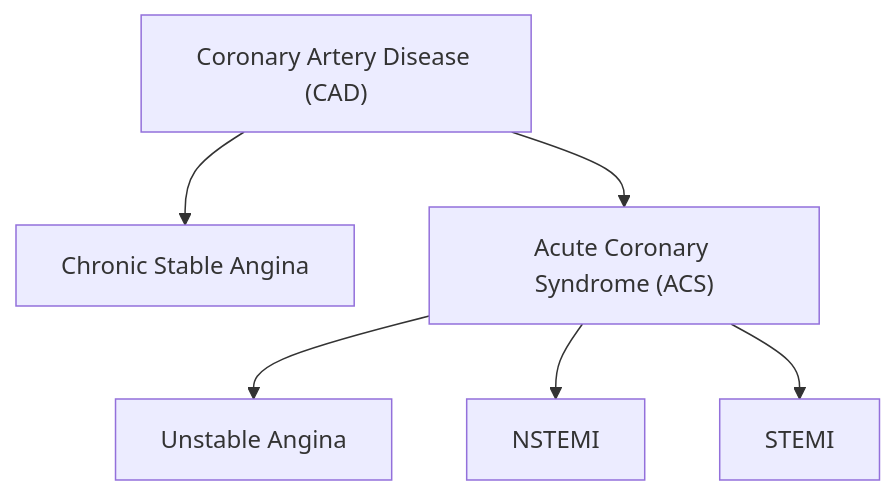
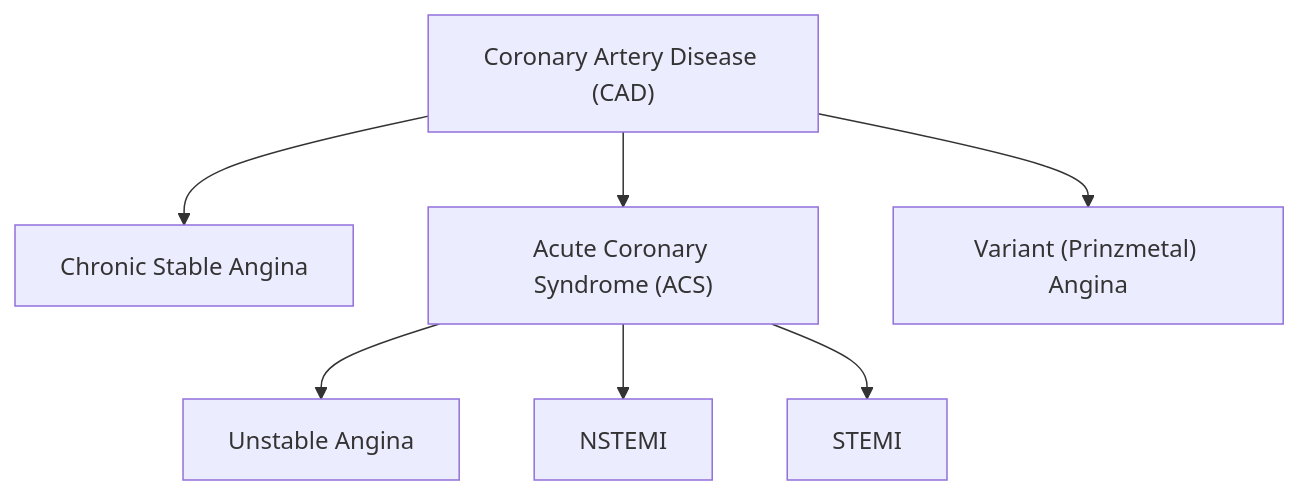
One commit to h4rvey-g/my-garden changed the diagram in src/site/notes/USMLE/Cardiology/Acute coronary syndrome.md. Above: the diagram before and after it, drawn with Mermaid. The commit also changed other lines of this file and 31 other files, not shown here.

````diff
--- a/src/site/notes/USMLE/Cardiology/Acute coronary syndrome.md
+++ b/src/site/notes/USMLE/Cardiology/Acute coronary syndrome.md
@@ -6,15 +5,17 @@
 ```mermaid
 graph TD
     CAD["Coronary Artery Disease (CAD)"]
     StableAngina["Chronic Stable Angina"]
     ACS["Acute Coronary Syndrome (ACS)"]
     UnstableAngina["Unstable Angina"]
     NSTEMI["NSTEMI"]
     STEMI["STEMI"]
+	Variant["Variant (Prinzmetal) Angina"]
 
     CAD --> StableAngina
     CAD --> ACS
+	CAD --> Variant
     ACS --> UnstableAngina
     ACS --> NSTEMI
     ACS --> STEMI
 ```
````
